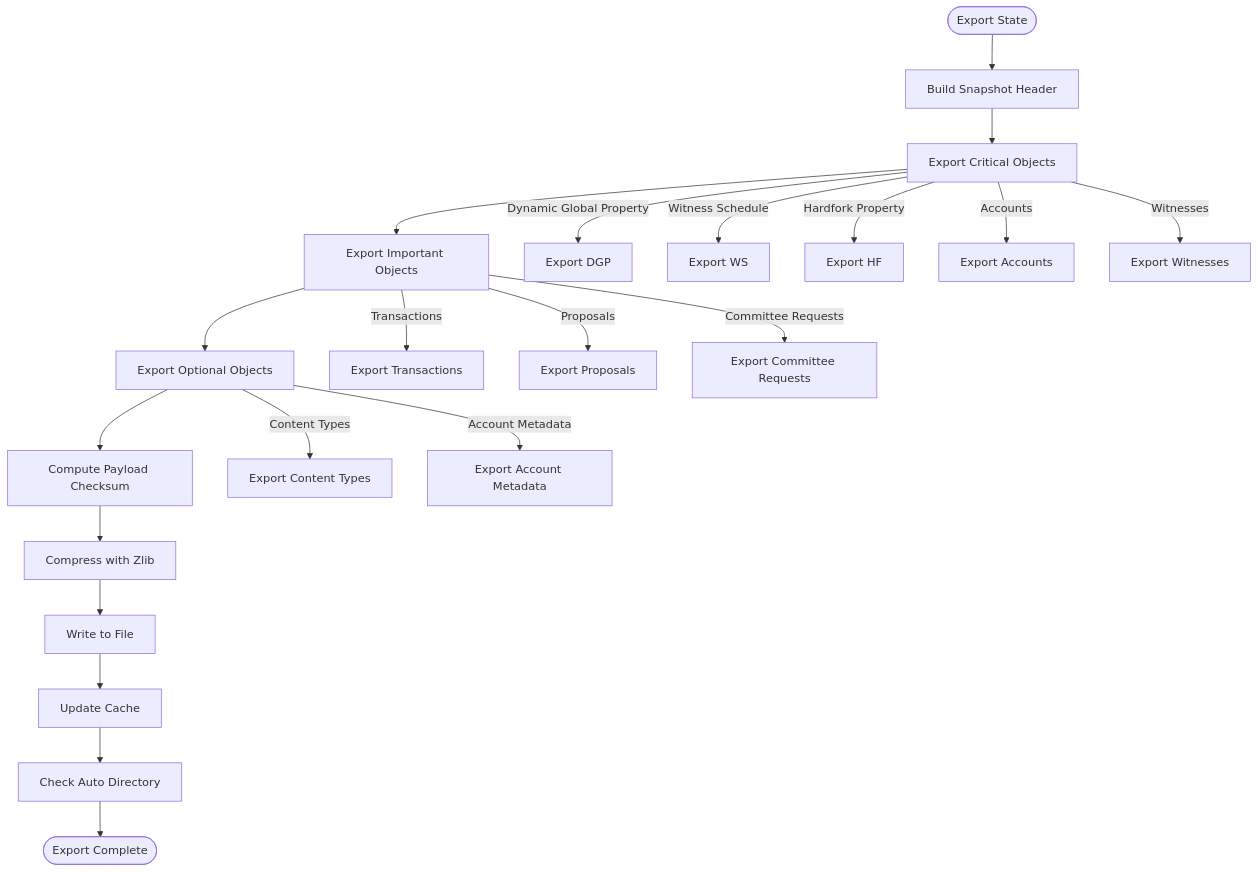
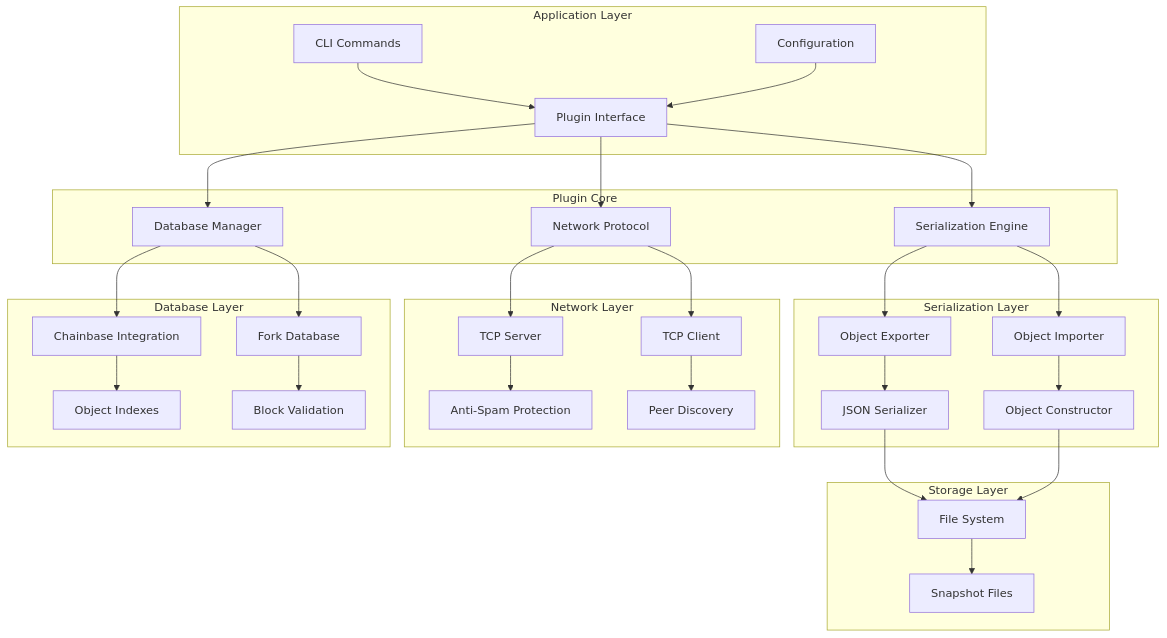
One commit to VIZ-Blockchain/viz-cpp-node changed the second of 6 diagrams in .qoder/repowiki/en/content/Plugin System/Snapshot Plugin System.md. Above: the diagram before and after it, drawn with Mermaid. The commit also changed other lines of this file and 8 other files, not shown here.

````diff
--- a/.qoder/repowiki/en/content/Plugin System/Snapshot Plugin System.md
+++ b/.qoder/repowiki/en/content/Plugin System/Snapshot Plugin System.md
@@ -411,23 +98,35 @@
 ```mermaid
-flowchart TD
-Start([Export State]) --> Header[Build Snapshot Header]
-Header --> Critical[Export Critical Objects]
-Critical --> Important[Export Important Objects]
-Important --> Optional[Export Optional Objects]
-Optional --> Checksum[Compute Payload Checksum]
-Checksum --> Compress[Compress with Zlib]
-Compress --> Write[Write to File]
-Write --> Cache[Update Cache]
-Cache --> AutoDir[Check Auto Directory]
-AutoDir --> End([Export Complete])
-Critical --> |Dynamic Global Property| DGP[Export DGP]
-Critical --> |Witness Schedule| WS[Export WS]
-Critical --> |Hardfork Property| HF[Export HF]
-Critical --> |Accounts| ACC[Export Accounts]
-Critical --> |Witnesses| WIT[Export Witnesses]
-Important --> |Transactions| TRX[Export Transactions]
-Important --> |Proposals| PROP[Export Proposals]
-Important --> |Committee Requests| CR[Export Committee Requests]
-Optional --> |Content Types| CT[Export Content Types]
-Optional --> |Account Metadata| AM[Export Account Metadata]
+graph TB
+subgraph "Application Layer"
+A[CLI Commands] --> B[Plugin Interface]
+C[Configuration] --> B
+end
+subgraph "Plugin Core"
+B --> D[Serialization Engine]
+B --> E[Network Protocol]
+B --> F[Database Manager]
+end
+subgraph "Serialization Layer"
+D --> G[Object Exporter]
+D --> H[Object Importer]
+G --> I[JSON Serializer]
+H --> J[Object Constructor]
+end
+subgraph "Network Layer"
+E --> K[TCP Server]
+E --> L[TCP Client]
+K --> M[Anti-Spam Protection]
+L --> N[Peer Discovery]
+end
+subgraph "Database Layer"
+F --> O[Chainbase Integration]
+F --> P[Fork Database]
+O --> Q[Object Indexes]
+P --> R[Block Validation]
+end
+subgraph "Storage Layer"
+I --> S[File System]
+J --> S
+S --> T[Snapshot Files]
+end
 ```
````
